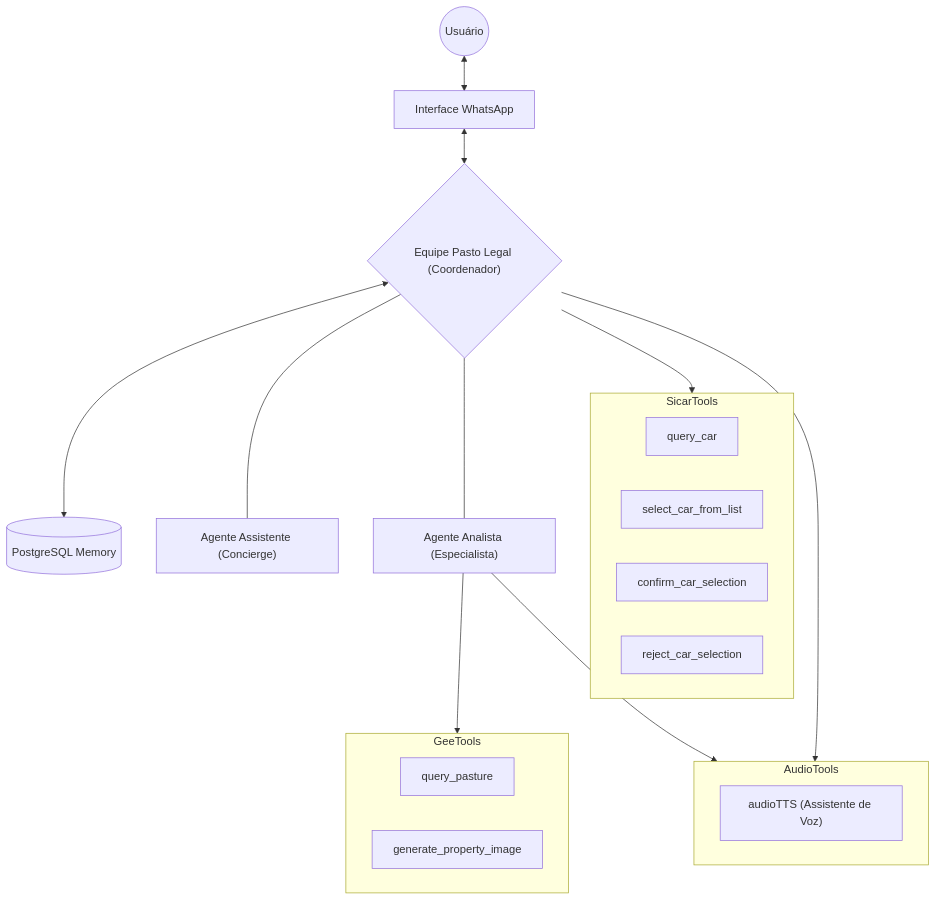
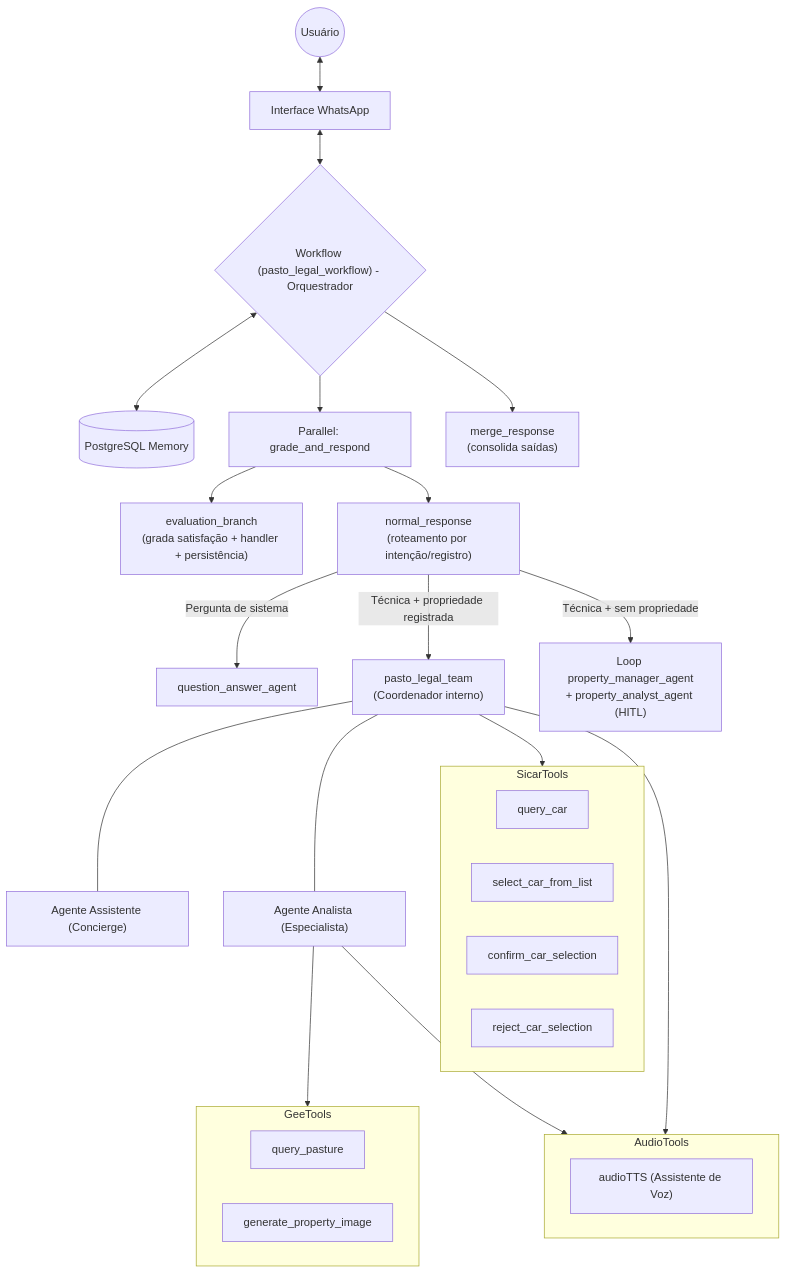
The first of 4 diagrams in docs/README.md (lapig-ufg/pasto-legal), drawn with Mermaid before and after one commit. The commit also changed other lines of this file and 8 other files, not shown here.

````diff
--- a/docs/README.md
+++ b/docs/README.md
@@ -9,31 +11,40 @@
 ```mermaid
 graph TD
     User((Usuário)) <--> WhatsApp[Interface WhatsApp]
-    WhatsApp <--> Team{"Equipe Pasto Legal (Coordenador)"}
-    
-    Team <--> DB[(PostgreSQL Memory)]
-    
+    WhatsApp <--> WF{"Workflow (pasto_legal_workflow) - Orquestrador"}
+
+    WF <--> DB[(PostgreSQL Memory)]
+
+    WF --> Parallel["Parallel: grade_and_respond"]
+    Parallel --> Eval["evaluation_branch<br/>(grada satisfação + handler + persistência)"]
+    Parallel --> Normal["normal_response<br/>(roteamento por intenção/registro)"]
+    WF --> Merge["merge_response<br/>(consolida saídas)"]
+
+    Normal -->|Pergunta de sistema| QA["question_answer_agent"]
+    Normal -->|Técnica + propriedade registrada| Team["pasto_legal_team<br/>(Coordenador interno)"]
+    Normal -->|Técnica + sem propriedade| Reg["Loop property_manager_agent<br/>+ property_analyst_agent (HITL)"]
+
     Team --- Assistant["Agente Assistente (Concierge)"]
     Team --- Analyst["Agente Analista (Especialista)"]
-    
+
     Team --> SicarTools["Ferramentas SICAR"]
     subgraph SicarTools
         query_car["query_car"]
         select_car["select_car_from_list"]
         confirm_car["confirm_car_selection"]
         reject_car["reject_car_selection"]
     end
-    
+
     Team --> AudioTools["Ferramentas de Áudio"]
     subgraph AudioTools
         audioTTS["audioTTS (Assistente de Voz)"]
     end
-    
+
     Analyst --> GeeTools["Ferramentas GEE (Google Earth Engine)"]
     subgraph GeeTools
         query_pasture["query_pasture"]
         generate_property_image["generate_property_image"]
     end
 
     Analyst --> AudioTools
 ```
````
